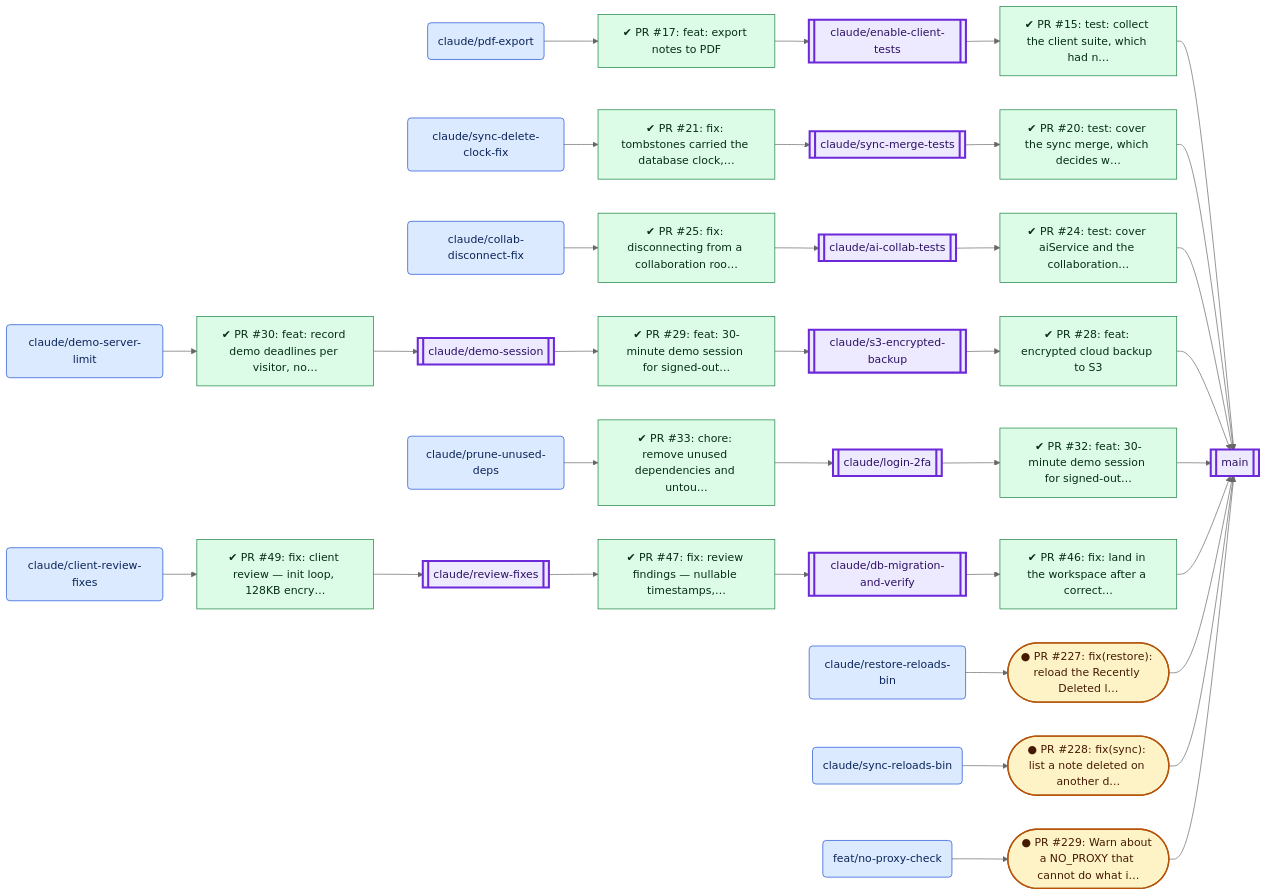
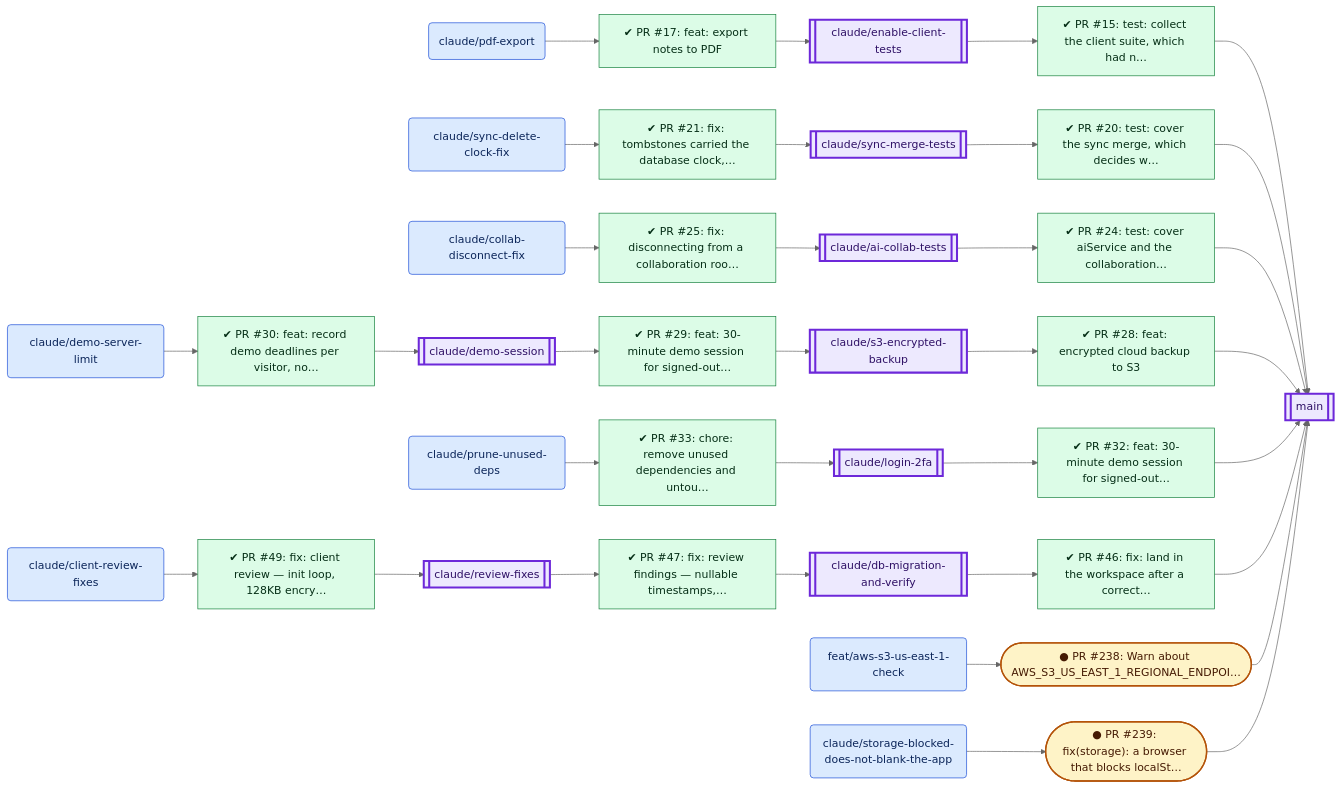
One commit to VijayKumaro7/NotionAI_Notepad changed the second of 7 diagrams in docs/PR_BRANCH_VISUALIZATION.md. Above: the diagram before and after it, drawn with Mermaid (neutral theme). The commit also changed other lines of this file and 4 other files, not shown here.

````diff
--- a/docs/PR_BRANCH_VISUALIZATION.md
+++ b/docs/PR_BRANCH_VISUALIZATION.md
@@ -77,77 +77,73 @@
 ```mermaid
 flowchart LR
-  b23[["claude/enable-client-tests"]]:::target
-  b125[["main"]]:::target
-  b36("claude/pdf-export"):::source
-  b57[["claude/sync-merge-tests"]]:::target
-  b56("claude/sync-delete-clock-fix"):::source
+  b24[["claude/enable-client-tests"]]:::target
+  b133[["main"]]:::target
+  b38("claude/pdf-export"):::source
+  b61[["claude/sync-merge-tests"]]:::target
+  b60("claude/sync-delete-clock-fix"):::source
   b7[["claude/ai-collab-tests"]]:::target
   b14("claude/collab-disconnect-fix"):::source
-  b44[["claude/s3-encrypted-backup"]]:::target
-  b19[["claude/demo-session"]]:::target
-  b18("claude/demo-server-limit"):::source
-  b35[["claude/login-2fa"]]:::target
-  b38("claude/prune-unused-deps"):::source
-  b17[["claude/db-migration-and-verify"]]:::target
-  b43[["claude/review-fixes"]]:::target
+  b47[["claude/s3-encrypted-backup"]]:::target
+  b20[["claude/demo-session"]]:::target
+  b19("claude/demo-server-limit"):::source
+  b37[["claude/login-2fa"]]:::target
+  b40("claude/prune-unused-deps"):::source
+  b18[["claude/db-migration-and-verify"]]:::target
+  b46[["claude/review-fixes"]]:::target
   b10("claude/client-review-fixes"):::source
-  b42("claude/restore-reloads-bin"):::source
-  b58("claude/sync-reloads-bin"):::source
-  b116("feat/no-proxy-check"):::source
+  b118("feat/aws-s3-us-east-1-check"):::source
+  b58("claude/storage-blocked-does-not-blank-the-app"):::source
   p15["✔ PR #15: test: collect the client suite, which had n…"]:::merged
   p17["✔ PR #17: feat: export notes to PDF"]:::merged
   p20["✔ PR #20: test: cover the sync merge, which decides w…"]:::merged
   p21["✔ PR #21: fix: tombstones carried the database clock,…"]:::merged
   p24["✔ PR #24: test: cover aiService and the collaboration…"]:::merged
   p25["✔ PR #25: fix: disconnecting from a collaboration roo…"]:::merged
   p28["✔ PR #28: feat: encrypted cloud backup to S3"]:::merged
   p29["✔ PR #29: feat: 30-minute demo session for signed-out…"]:::merged
   p30["✔ PR #30: feat: record demo deadlines per visitor, no…"]:::merged
   p32["✔ PR #32: feat: 30-minute demo session for signed-out…"]:::merged
   p33["✔ PR #33: chore: remove unused dependencies and untou…"]:::merged
   p46["✔ PR #46: fix: land in the workspace after a correct…"]:::merged
   p47["✔ PR #47: fix: review findings — nullable timestamps,…"]:::merged
   p49["✔ PR #49: fix: client review — init loop, 128KB encry…"]:::merged
-  p227(["● PR #227: fix(restore): reload the Recently Deleted l…"]):::open
-  p228(["● PR #228: fix(sync): list a note deleted on another d…"]):::open
-  p229(["● PR #229: Warn about a NO_PROXY that cannot do what i…"]):::open
-  b23 --> p15
-  p15 --> b125
-  b36 --> p17
-  p17 --> b23
-  b57 --> p20
-  p20 --> b125
-  b56 --> p21
-  p21 --> b57
+  p238(["● PR #238: Warn about AWS_S3_US_EAST_1_REGIONAL_ENDPOI…"]):::open
+  p239(["● PR #239: fix(storage): a browser that blocks localSt…"]):::open
+  b24 --> p15
+  p15 --> b133
+  b38 --> p17
+  p17 --> b24
+  b61 --> p20
+  p20 --> b133
+  b60 --> p21
+  p21 --> b61
   b7 --> p24
-  p24 --> b125
+  p24 --> b133
   b14 --> p25
   p25 --> b7
-  b44 --> p28
-  p28 --> b125
-  b19 --> p29
-  p29 --> b44
-  b18 --> p30
-  p30 --> b19
-  b35 --> p32
-  p32 --> b125
-  b38 --> p33
-  p33 --> b35
-  b17 --> p46
-  p46 --> b125
-  b43 --> p47
-  p47 --> b17
+  b47 --> p28
+  p28 --> b133
+  b20 --> p29
+  p29 --> b47
+  b19 --> p30
+  p30 --> b20
+  b37 --> p32
+  p32 --> b133
+  b40 --> p33
+  p33 --> b37
+  b18 --> p46
+  p46 --> b133
+  b46 --> p47
+  p47 --> b18
   b10 --> p49
-  p49 --> b43
-  b42 --> p227
-  p227 --> b125
-  b58 --> p228
-  p228 --> b125
-  b116 --> p229
-  p229 --> b125
+  p49 --> b46
+  b118 --> p238
+  p238 --> b133
+  b58 --> p239
+  p239 --> b133
   classDef source fill:#dbeafe,stroke:#1d4ed8,color:#0b2559
   classDef target fill:#ede9fe,stroke:#6d28d9,stroke-width:3px,color:#2e1065
   classDef open fill:#fef3c7,stroke:#b45309,stroke-width:2px,color:#451a03
   classDef merged fill:#dcfce7,stroke:#15803d,color:#052e16
   classDef closed fill:#f3f4f6,stroke:#b91c1c,stroke-dasharray:5 3,color:#111827
 ```
````
